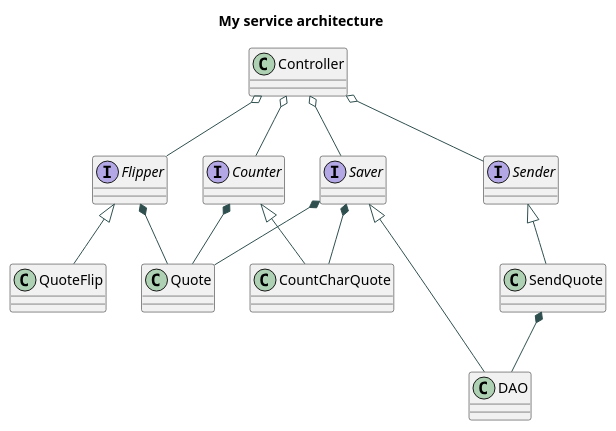
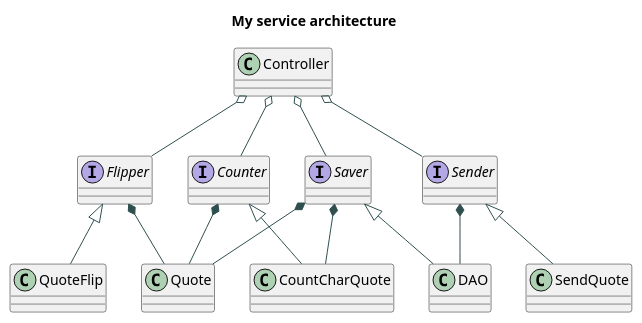
One commit to Denjer-den/kafkaProject changed the diagram in TestUML.puml. Above: the diagram before and after it, drawn with PlantUML.

Commit message:
Add changes in architecture design

```diff
--- a/TestUML.puml
+++ b/TestUML.puml
@@ -1,53 +1,53 @@
 @startuml
 Title "My service architecture"
 skinparam {
   ArrowColor DarkSlateGray
   ActorBorderColor DarkSlateGray
   ActorBackgroundColor SteelBlue
   ActorFontColor DarkSlateGray
   ParticipantBorderColor DarkSlateGray
   ParticipantBackgroundColor SteelBlue
   ParticipantFontColor White
   DatabaseBorderColor DarkSlateGray
   DatabaseBackgroundColor SteelBlue
   LifeLineBorderColor DarkSlateGray
   LifeLineBackgroundColor SteelBlue
   CollectionsBorderColor DarkSlateGray
   CollectionsBackgroundColor RoyalBlue
 }
 
 class Controller
 
 interface Flipper
 
 class QuoteFlip
 
 interface Counter
 
 class CountCharQuote
 
 class Quote
 
 interface Saver
 
 class DAO
 
 class SendQuote
 
 interface Sender
 
 Flipper *-- Quote
 Flipper <|-- QuoteFlip
 Counter *-- Quote
 Counter <|-- CountCharQuote
 Saver *-- Quote
 Saver <|-- DAO
 Sender <|-- SendQuote
-SendQuote *-- DAO
+Sender *-- DAO
 Controller o-- Sender
 Controller o-- Flipper
 Controller o-- Counter
 Controller o-- Saver
 Saver *-- CountCharQuote
 
 @enduml
```
